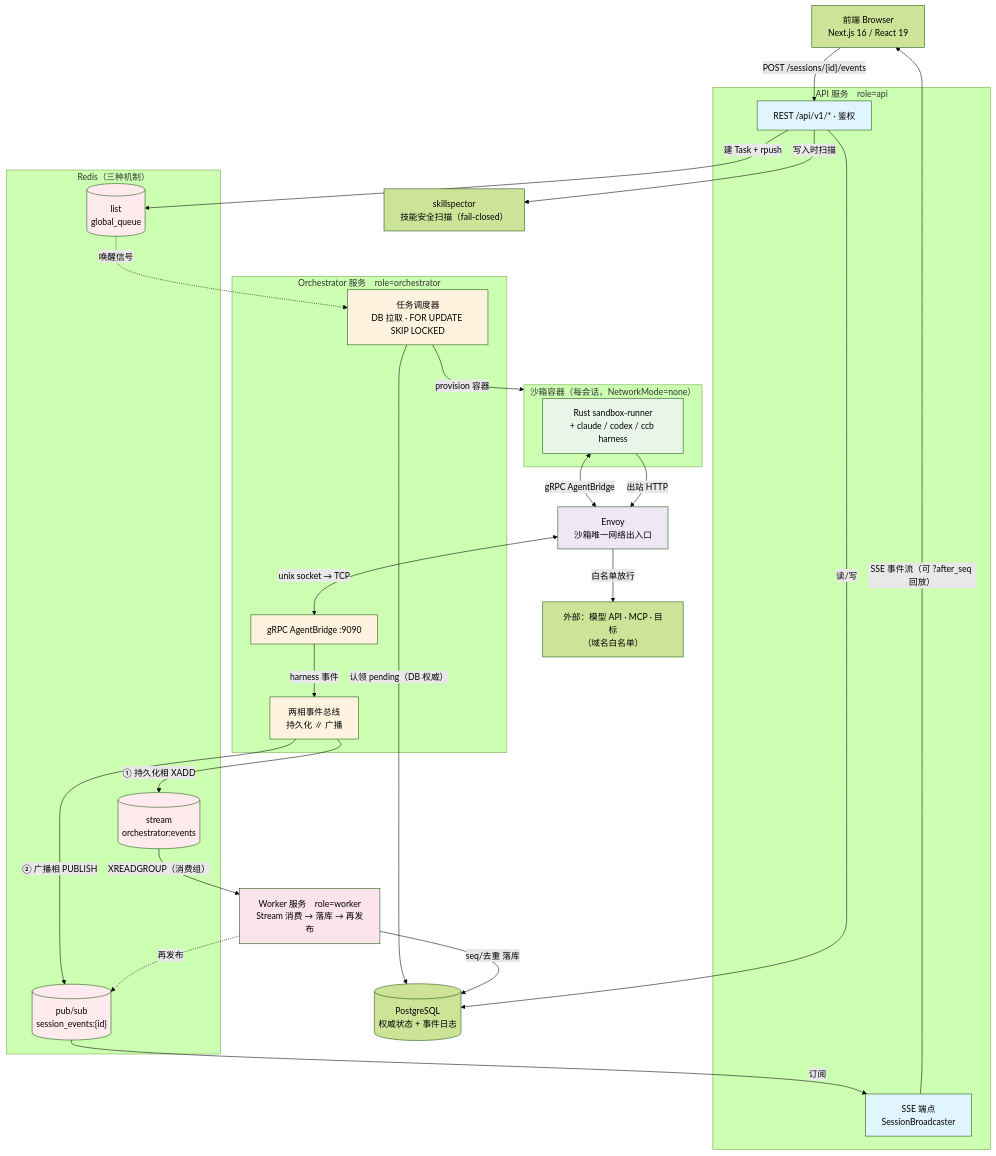
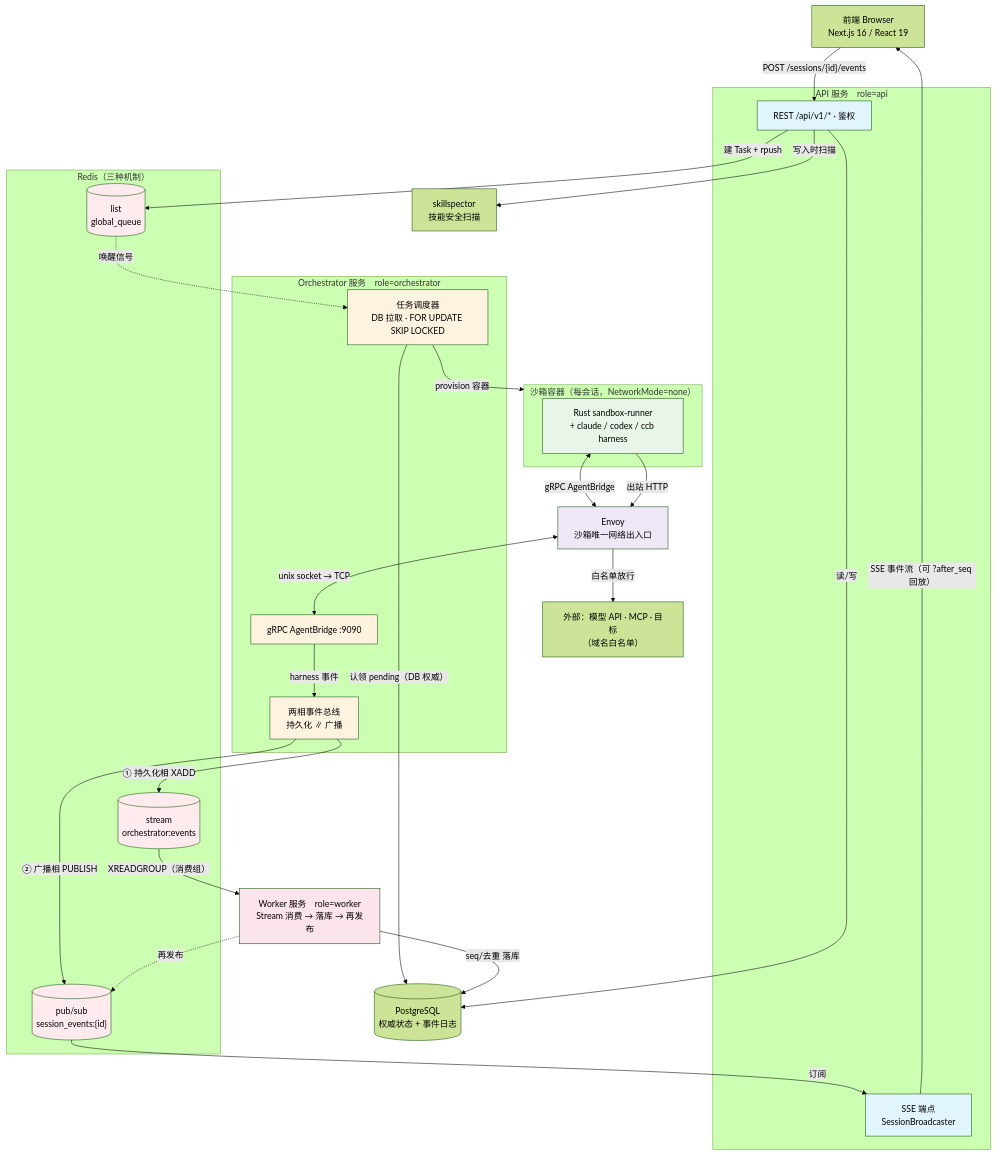
Before and after one commit to jd-opensource/JoySafeter: the first of 2 diagrams in docs/ARCHITECTURE_CN.md, drawn with Mermaid (forest theme). The commit also changed other lines of this file and 35 other files, not shown here.

````diff
--- a/docs/ARCHITECTURE_CN.md
+++ b/docs/ARCHITECTURE_CN.md
@@ -23,70 +23,70 @@
 ```mermaid
 flowchart TB
     FE["前端 Browser<br/>Next.js 16 / React 19"]
 
     subgraph API_S["API 服务　role=api"]
         API["REST /api/v1/* · 鉴权"]
         BC["SSE 端点<br/>SessionBroadcaster"]
     end
 
     subgraph ORCH_S["Orchestrator 服务　role=orchestrator"]
         SCHED["任务调度器<br/>DB 拉取 · FOR UPDATE SKIP LOCKED"]
         GRPC["gRPC AgentBridge :9090"]
         BUS["两相事件总线<br/>持久化 ∥ 广播"]
     end
 
     WK["Worker 服务　role=worker<br/>Stream 消费 → 落库 → 再发布"]
 
     subgraph REDIS["Redis（三种机制）"]
         RLIST[("list<br/>global_queue")]
         RSTREAM[("stream<br/>orchestrator:events")]
         RPUB[("pub/sub<br/>session_events:{id}")]
     end
     PG[("PostgreSQL<br/>权威状态 + 事件日志")]
-    SKILLSPECTOR["skillspector<br/>技能安全扫描（fail-closed）"]
+    SKILLSPECTOR["skillspector<br/>技能安全扫描"]
 
     subgraph SBX["沙箱容器（每会话，NetworkMode=none）"]
         RUN["Rust sandbox-runner<br/>+ claude / codex / ccb harness"]
     end
     ENVOY["Envoy<br/>沙箱唯一网络出入口"]
     EXT["外部：模型 API · MCP · 目标<br/>（域名白名单）"]
 
     %% 提交与调度
     FE -->|"POST /sessions/{id}/events"| API
     API -->|"建 Task + rpush"| RLIST
     API -->|"读/写"| PG
     API -->|"写入时扫描"| SKILLSPECTOR
     RLIST -.->|"唤醒信号"| SCHED
     SCHED -->|"认领 pending（DB 权威）"| PG
     SCHED -->|"provision 容器"| SBX
 
     %% 沙箱流量全部经 Envoy
     RUN <-->|"gRPC AgentBridge"| ENVOY
     ENVOY <-->|"unix socket → TCP"| GRPC
     RUN -->|"出站 HTTP"| ENVOY
     ENVOY -->|"白名单放行"| EXT
 
     %% 事件两相
     GRPC -->|"harness 事件"| BUS
     BUS -->|"① 持久化相 XADD"| RSTREAM
     BUS -->|"② 广播相 PUBLISH"| RPUB
     RSTREAM -->|"XREADGROUP（消费组）"| WK
     WK -->|"seq/去重 落库"| PG
     WK -.->|"再发布"| RPUB
 
     %% SSE 回流到浏览器
     RPUB -->|"订阅"| BC
     BC -->|"SSE 事件流（可 ?after_seq 回放）"| FE
 
     style API fill:#e1f5ff
     style BC fill:#e1f5ff
     style SCHED fill:#fff3e0
     style GRPC fill:#fff3e0
     style BUS fill:#fff3e0
     style WK fill:#fce4ec
     style RLIST fill:#ffebee
     style RSTREAM fill:#ffebee
     style RPUB fill:#ffebee
     style RUN fill:#e8f5e8
     style ENVOY fill:#ede7f6
 ```
````
